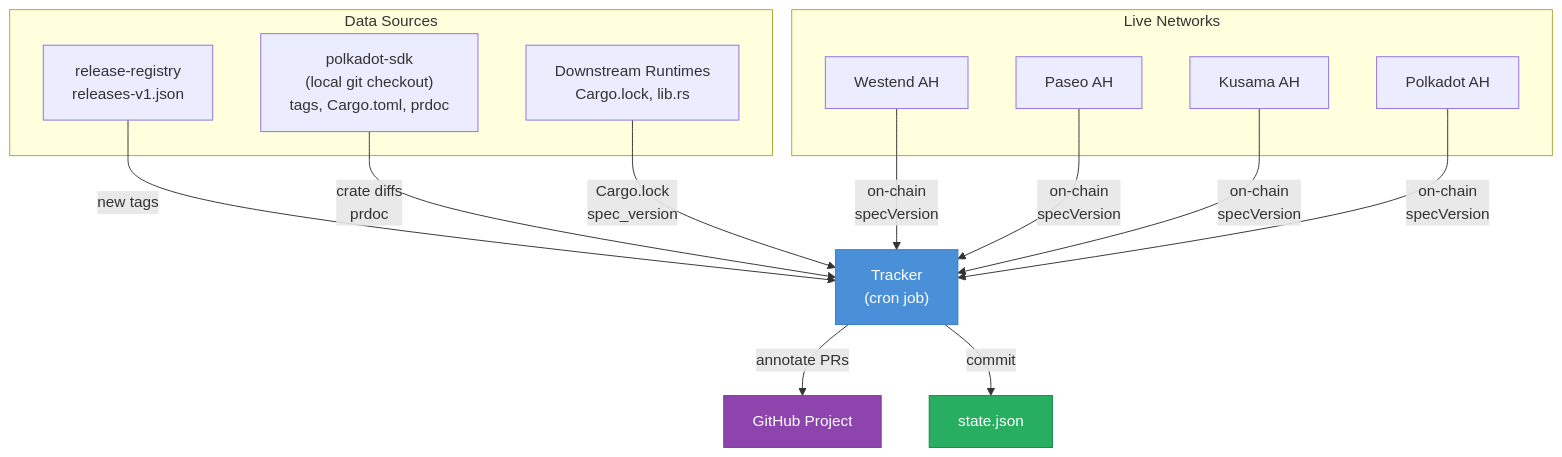
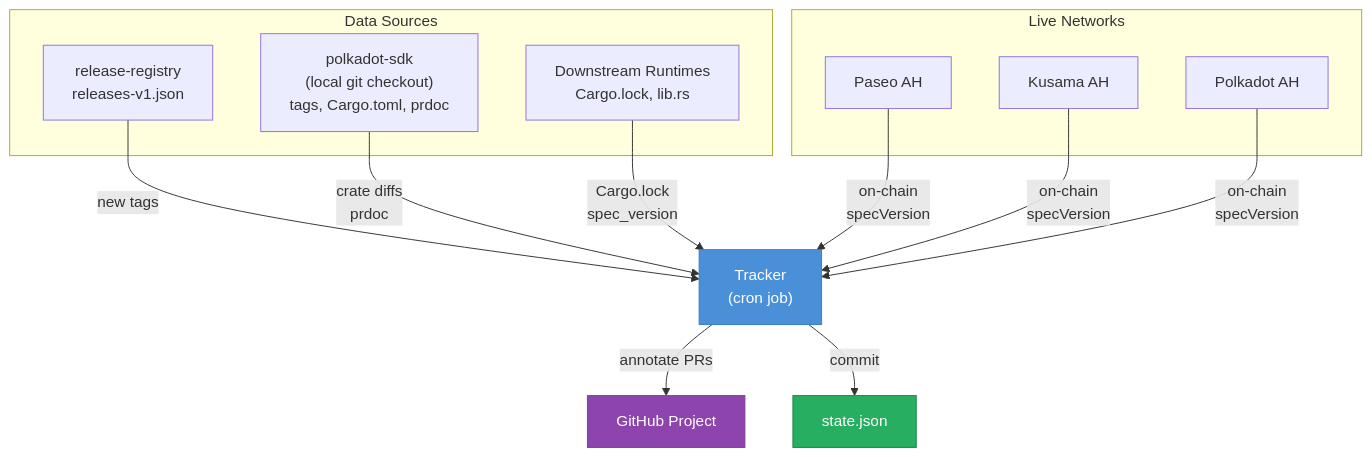
One commit to paritytech/deployment-tracker changed the first of 4 diagrams in SPECS.md. Above: the diagram before and after it, drawn with Mermaid. The commit also changed other lines of this file and 10 other files, not shown here.

````diff
--- a/SPECS.md
+++ b/SPECS.md
@@ -22,29 +21,28 @@
 ```mermaid
 graph TB
     subgraph sources ["Data Sources"]
         RR["release-registry\nreleases-v1.json"]
         SDK["polkadot-sdk\n(local git checkout)\ntags, Cargo.toml, prdoc"]
         DR["Downstream Runtimes\nCargo.lock, lib.rs"]
     end
 
     subgraph networks ["Live Networks"]
-        W["Westend AH"]
         P["Paseo AH"]
         K["Kusama AH"]
         D["Polkadot AH"]
     end
 
     T["Tracker\n(cron job)"]
 
     RR -->|new tags| T
     SDK -->|crate diffs\nprdoc| T
     DR -->|Cargo.lock\nspec_version| T
-    W & P & K & D -->|on-chain\nspecVersion| T
+    P & K & D -->|on-chain\nspecVersion| T
 
     T -->|annotate PRs| GH["GitHub Project"]
     T -->|commit| ST["state.json"]
 
     style T fill:#4a90d9,color:#fff,stroke:#3a7bc8
     style GH fill:#8e44ad,color:#fff,stroke:#7d3c98
     style ST fill:#27ae60,color:#fff,stroke:#1e8449
 ```
````
